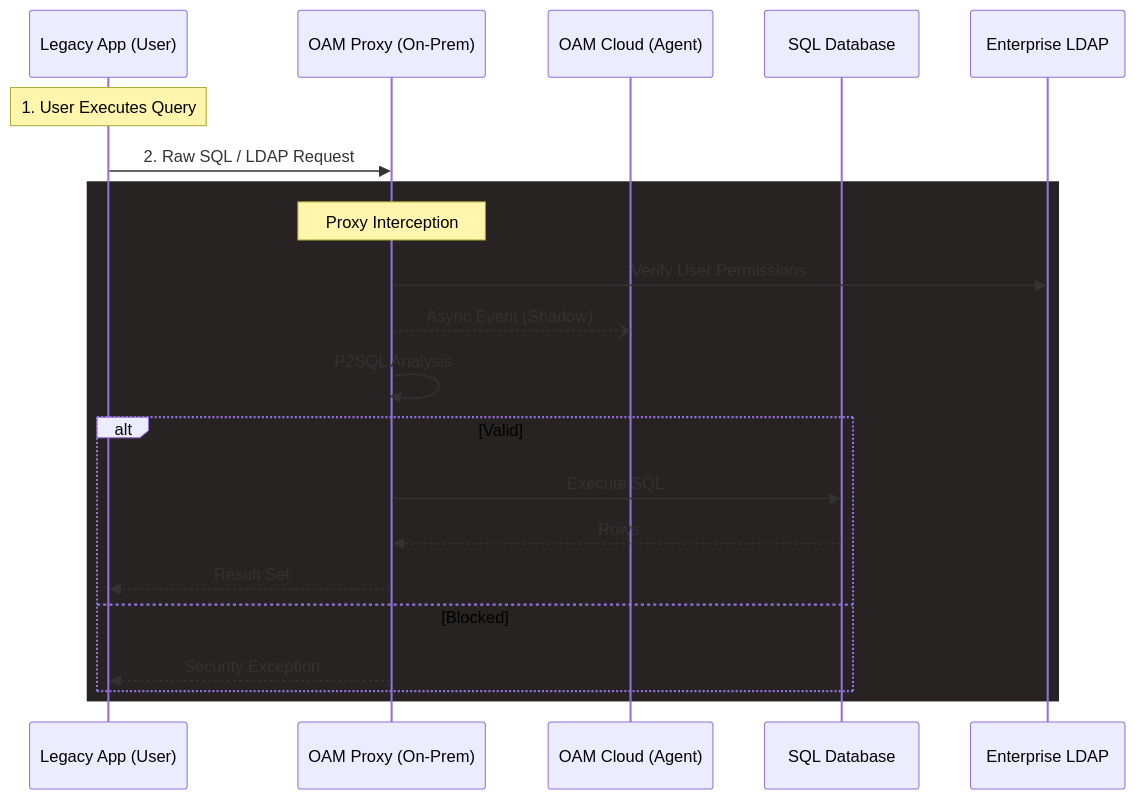
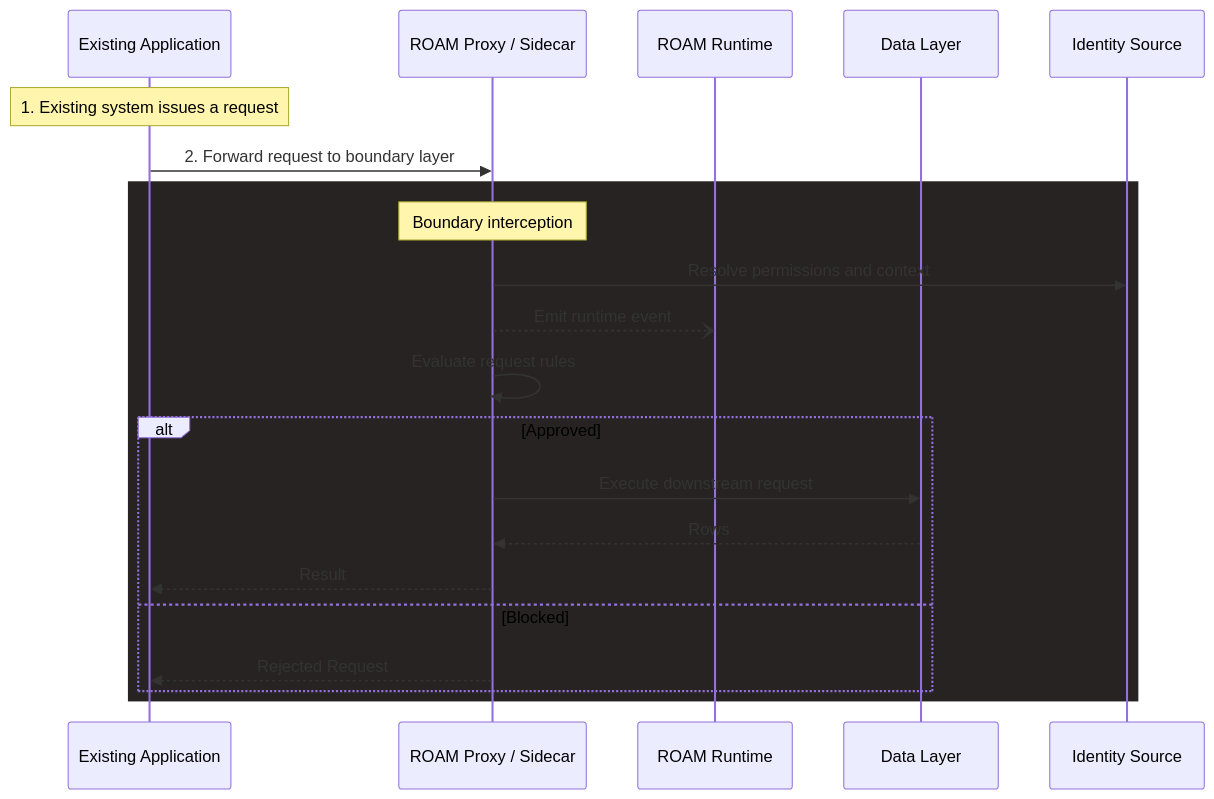
Before and after one commit to oamrs/roam-docs: the third of 4 diagrams in src/architecture/middleware.md, drawn with Mermaid. The commit also changed other lines of this file and 12 other files, not shown here.

Commit message:
Align runtime context surfaces and fix validation gates

````diff
--- a/src/architecture/middleware.md
+++ b/src/architecture/middleware.md
@@ -124,26 +134,26 @@
 ```mermaid
 sequenceDiagram
-    participant User as Legacy App (User)
-    participant Proxy as OAM Proxy (On-Prem)
-    participant Cloud as OAM Cloud (Agent)
-    participant DB as SQL Database
-    participant LDAP as Enterprise LDAP
+    participant User as Existing Application
+    participant Proxy as ROAM Proxy / Sidecar
+    participant Runtime as ROAM Runtime
+    participant DB as Data Layer
+    participant Identity as Identity Source
 
-    Note over User: 1. User Executes Query
-    User->>Proxy: 2. Raw SQL / LDAP Request
+    Note over User: 1. Existing system issues a request
+    User->>Proxy: 2. Forward request to boundary layer
     
     rect rgb(40, 35, 35)
-        Note over Proxy: Proxy Interception
-        Proxy->>LDAP: Verify User Permissions
-        Proxy--)Cloud: Async Event (Shadow)
-        Proxy->>Proxy: P2SQL Analysis
+        Note over Proxy: Boundary interception
+        Proxy->>Identity: Resolve permissions and context
+        Proxy--)Runtime: Emit runtime event
+        Proxy->>Proxy: Evaluate request rules
         
-        alt Valid
-            Proxy->>DB: Execute SQL
+        alt Approved
+            Proxy->>DB: Execute downstream request
             DB-->>Proxy: Rows
-            Proxy-->>User: Result Set
+            Proxy-->>User: Result
         else Blocked
-            Proxy-->>User: Security Exception
+            Proxy-->>User: Rejected Request
         end
     end
 ```
````
